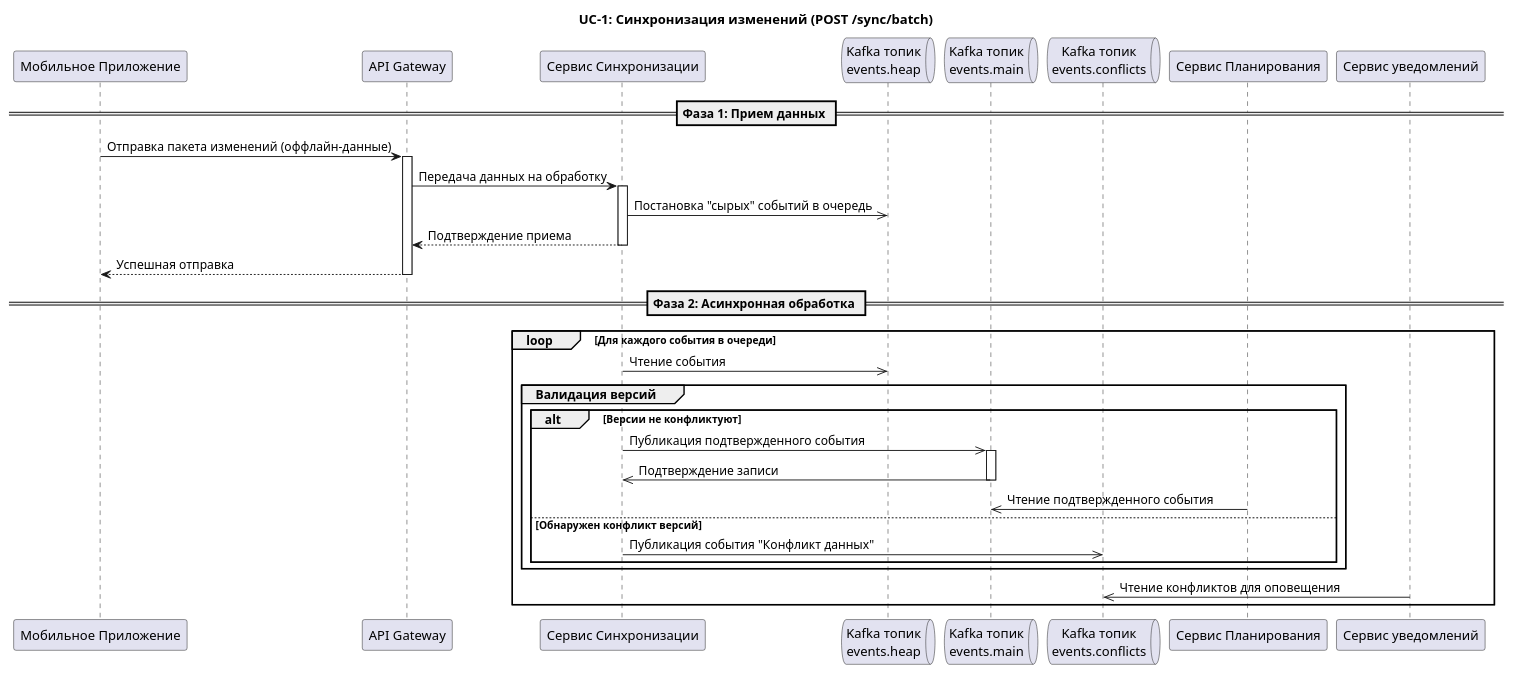
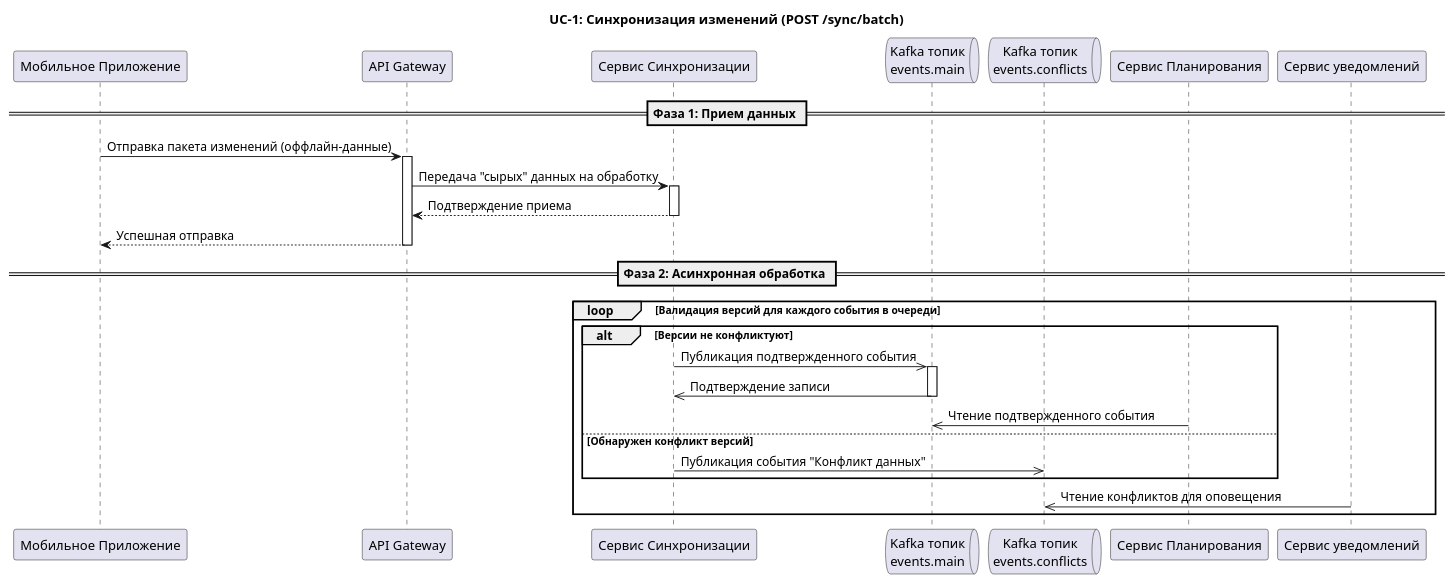
Before and after one commit to yn96k/traveltech-service: the diagram in Диаграммы последовательности/Синхронизация изменений.md, drawn with PlantUML. The commit also changed other lines of this file, not shown here.

Commit message:
Update Синхронизация изменений.md

````diff
--- a/Диаграммы последовательности/Синхронизация изменений.md
+++ b/Диаграммы последовательности/Синхронизация изменений.md
@@ -5,48 +6,39 @@
 ```plantuml
 @startuml
 title UC-1: Синхронизация изменений (POST /sync/batch)
 
 participant "Мобильное Приложение" as App
 participant "API Gateway" as GW
 participant "Сервис Синхронизации" as Sync
-queue "Kafka топик\nevents.heap" as K_heap
 queue "Kafka топик\nevents.main" as K_main
 queue "Kafka топик\nevents.conflicts" as K_conflicts
 participant "Сервис Планирования" as Trip
 participant "Сервис уведомлений" as Push
 
 == Фаза 1: Прием данных ==
 App -> GW: Отправка пакета изменений (оффлайн-данные)
 activate GW
-GW -> Sync: Передача данных на обработку
+GW -> Sync: Передача "сырых" данных на обработку
 activate Sync
-
-Sync ->> K_heap: Постановка "сырых" событий в очередь
 
 Sync --> GW: Подтверждение приема
 deactivate Sync
 GW --> App: Успешная отправка
 deactivate GW
 
 == Фаза 2: Асинхронная обработка ==
-loop Для каждого события в очереди
-    Sync ->> K_heap: Чтение события
-    
-    group Валидация версий
-        alt Версии не конфликтуют
-            Sync ->> K_main: Публикация подтвержденного события
-            activate K_main
-            Sync <<- K_main: Подтверждение записи
-            deactivate K_main
+loop Валидация версий для каждого события в очереди
+      alt Версии не конфликтуют
+          Sync ->> K_main: Публикация подтвержденного события
+          activate K_main
+          Sync <<- K_main: Подтверждение записи
+          deactivate K_main
 
-                Trip ->> K_main: Чтение подтвержденного события
-            deactivate K_heap
-
+              Trip ->> K_main: Чтение подтвержденного события
         else Обнаружен конфликт версий
             Sync ->> K_conflicts: Публикация события "Конфликт данных"
-        end
-    end
+      end
     Push ->> K_conflicts: Чтение конфликтов для оповещения
 end
 @enduml
 ```
````
